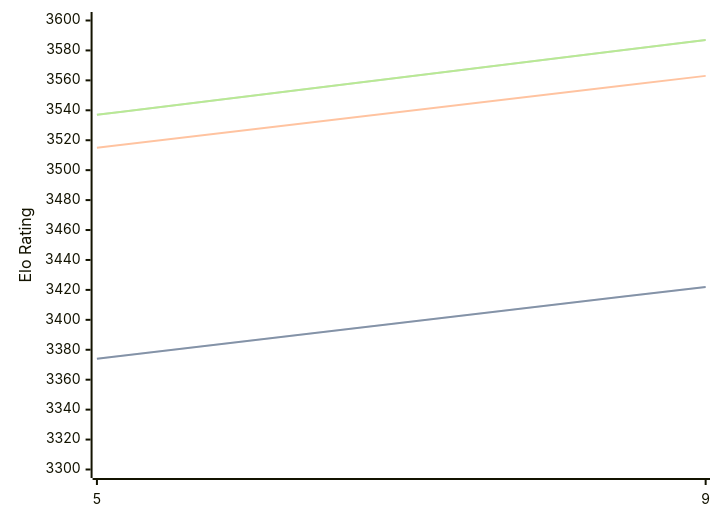
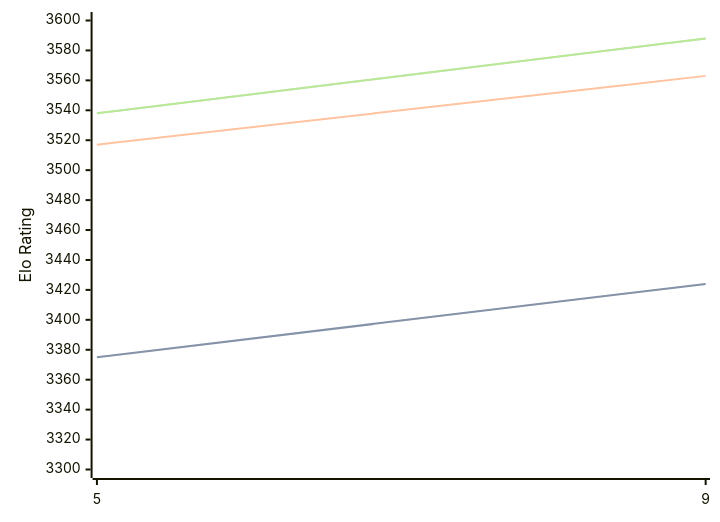
One commit to computer-chess-index/cci changed the diagram in engines/Crystal.md. Above: the diagram before and after it, drawn with Mermaid. The commit also changed other lines of this file, not shown here.

Commit message:
Update CCI Ratings (ELO VLTC) - 2026-08-21

````diff
--- a/engines/Crystal.md
+++ b/engines/Crystal.md
@@ -32,11 +32,11 @@
 ```mermaid
 %%{init: {"theme":"base","themeVariables":{"seriesColors:['#a3a3a3','#222221','#faa371']}}}%%
 xychart-beta
   x-axis ["5", "9"]
   y-axis "Elo Rating" 3300 --> 3600
-  line "STC (8.0+0.08s)" [3374, 3422]
-  line "STC (8.0+0.08s)" [3374, 3422]
-  line "LTC (60.0+0.60s)" [3515, 3563]
-  line "VLTC (2m24s+1.12s)" [3537, 3587]
-  line "VLTC (2m24s+1.12s)" [3537, 3587]
+  line "STC (8.0+0.08s)" [3375, 3424]
+  line "STC (8.0+0.08s)" [3375, 3424]
+  line "LTC (60.0+0.60s)" [3517, 3563]
+  line "VLTC (2m24s+1.12s)" [3538, 3588]
+  line "VLTC (2m24s+1.12s)" [3538, 3588]
 ```
````
